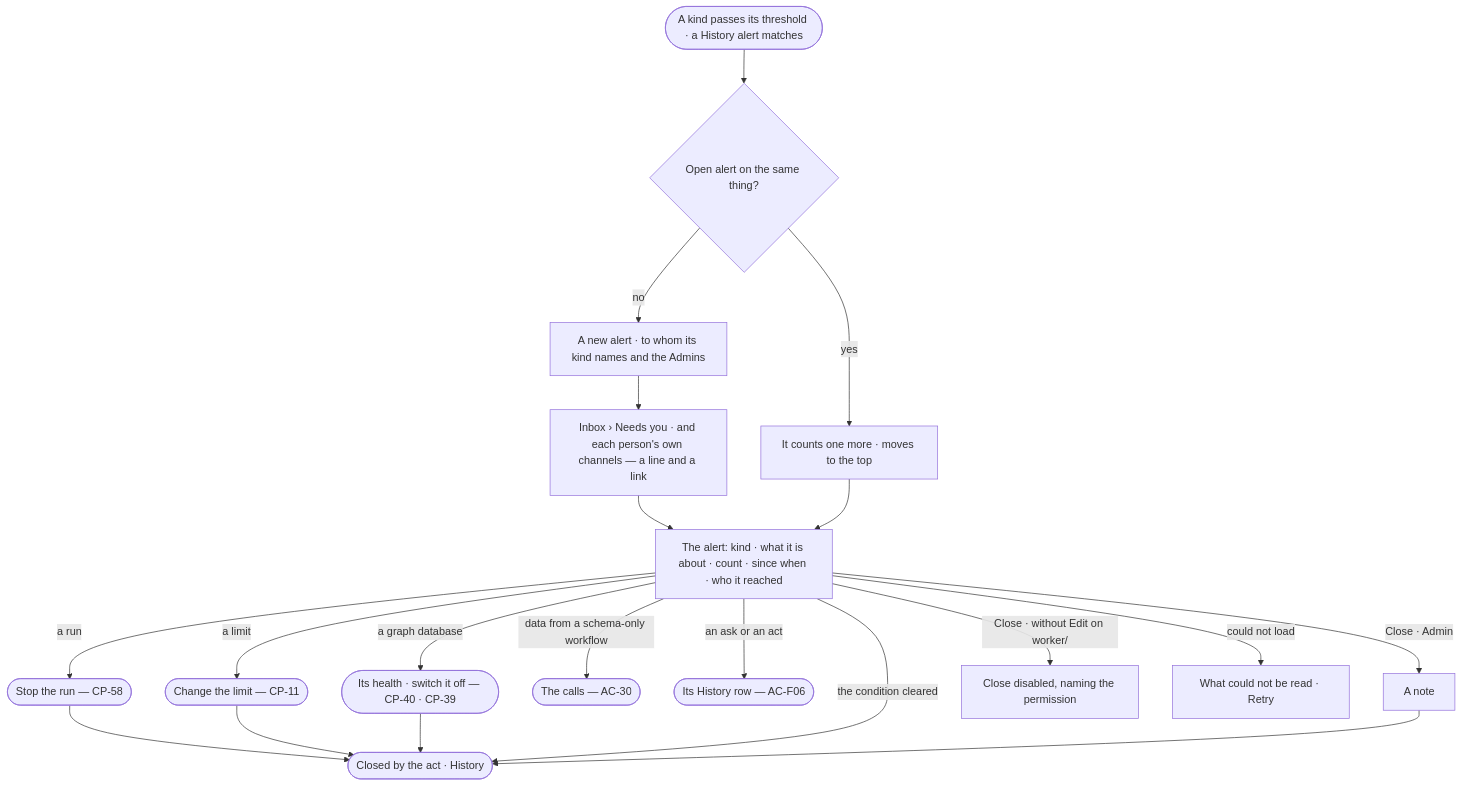
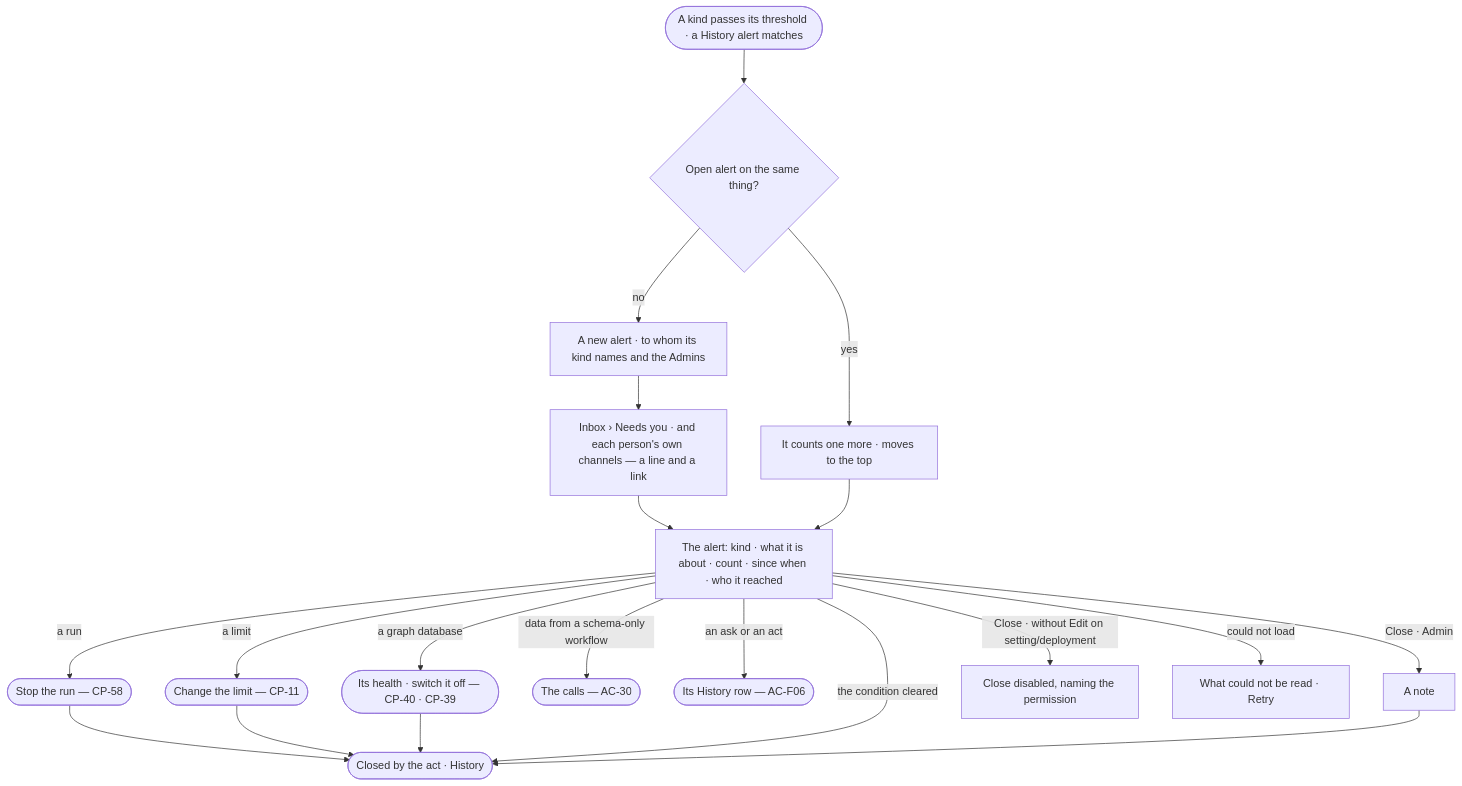
The diagram in specs/os/control/features/CP-F11-ops-alerting/stories/CP-59-be-told-when-an-agent-or-the-deployment-needs-someone-to-act/story.md (invana/invana), drawn with Mermaid before and after one commit. The commit also changed other lines of this file and 13 other files, not shown here.

Commit message:
docs(specs): limits and ops alerts need Edit on Deployment settings

````diff
--- a/specs/os/control/features/CP-F11-ops-alerting/stories/CP-59-be-told-when-an-agent-or-the-deployment-needs-someone-to-act/story.md
+++ b/specs/os/control/features/CP-F11-ops-alerting/stories/CP-59-be-told-when-an-agent-or-the-deployment-needs-someone-to-act/story.md
@@ -28,21 +28,21 @@
 ```mermaid
 flowchart TD
   f([A kind passes its threshold · a History alert matches]) --> o{"Open alert on the same thing?"}
   o -->|yes| c["It counts one more · moves to the top"]
   o -->|no| n["A new alert · to whom its kind names and the Admins"]
   n --> ib["Inbox › Needs you · and each person's own channels — a line and a link"]
   ib --> a["The alert: kind · what it is about · count · since when · who it reached"]
   c --> a
   a -->|a run| s(["Stop the run — CP-58"])
   a -->|a limit| l(["Change the limit — CP-11"])
   a -->|a graph database| g(["Its health · switch it off — CP-40 · CP-39"])
   a -->|data from a schema-only workflow| led(["The calls — AC-30"])
   a -->|an ask or an act| hr(["Its History row — AC-F06"])
   s --> cl(["Closed by the act · History"])
   l --> cl
   g --> cl
   a -->|the condition cleared| cl
   a -->|Close · Admin| nt["A note"] --> cl
-  a -->|Close · without Edit on worker/<group>| na["Close disabled, naming the permission"]
+  a -->|Close · without Edit on setting/deployment| na["Close disabled, naming the permission"]
   a -->|could not load| fl["What could not be read · Retry"]
 ```
````
